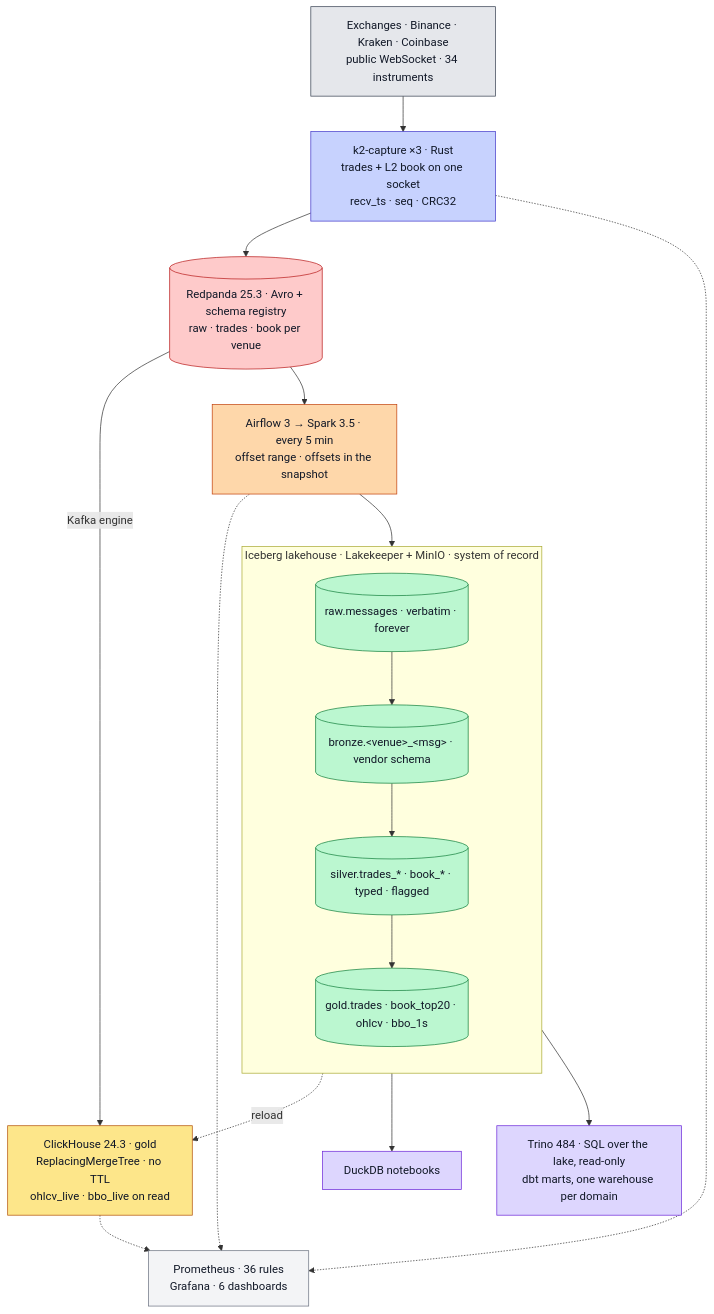
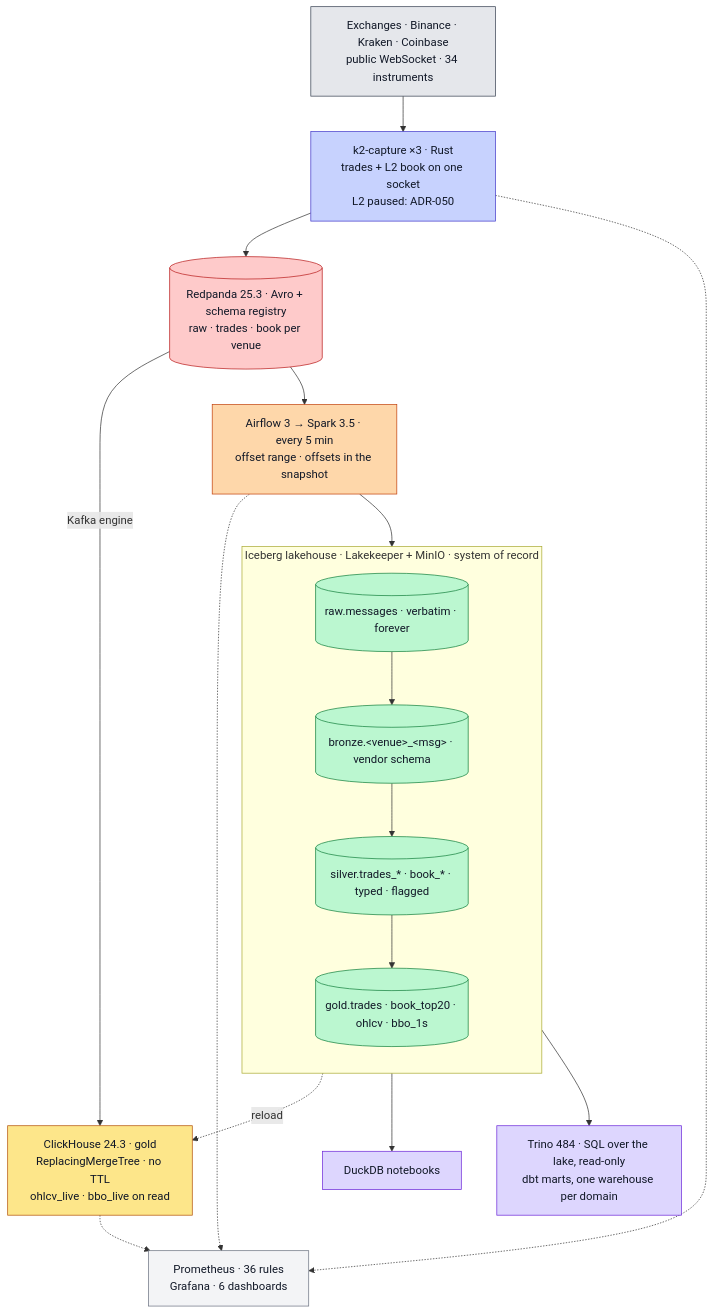
One commit to rjdscott/k2-market-data-platform changed the diagram in README.md. Above: the diagram before and after it, drawn with Mermaid. The commit also changed other lines of this file and 28 other files, not shown here.

First line of the commit message:
feat(config): order-book capture off on every venue (ADR-050, 2 of 2) (#232)

````diff
--- a/README.md
+++ b/README.md
@@ -56,36 +56,36 @@
 ```mermaid
 flowchart TB
   E["Exchanges · Binance · Kraken · Coinbase<br/>public WebSocket · 34 instruments"]:::ex
-  F["k2-capture ×3 · Rust<br/>trades + L2 book on one socket<br/>recv_ts · seq · CRC32"]:::rs
+  F["k2-capture ×3 · Rust<br/>trades + L2 book on one socket<br/>L2 paused: ADR-050"]:::rs
   R[("Redpanda 25.3 · Avro + schema registry<br/>raw · trades · book per venue")]:::rp
   C["ClickHouse 24.3 · gold<br/>ReplacingMergeTree · no TTL<br/>ohlcv_live · bbo_live on read"]:::ch
   S["Airflow 3 → Spark 3.5 · every 5 min<br/>offset range · offsets in the snapshot"]:::sp
   subgraph L["Iceberg lakehouse · Lakekeeper + MinIO · system of record"]
     direction TB
     RAW[("raw.messages · verbatim · forever")]:::lk
     BR[("bronze.&lt;venue&gt;_&lt;msg&gt; · vendor schema")]:::lk
     SV[("silver.trades_* · book_* · typed · flagged")]:::lk
     GD[("gold.trades · book_top20 · ohlcv · bbo_1s")]:::lk
     RAW --> BR --> SV --> GD
   end
   N["DuckDB notebooks"]:::nb
   T["Trino 484 · SQL over the lake, read-only<br/>dbt marts, one warehouse per domain"]:::nb
   O["Prometheus · 36 rules<br/>Grafana · 6 dashboards"]:::ob
 
   E --> F --> R
   R -->|Kafka engine| C
   R --> S --> RAW
   GD -.->|reload| C
   GD --> N
   L --> T
   F & S & C -.-> O
 
   classDef ex fill:#e5e7eb,stroke:#374151,color:#111827
   classDef rs fill:#c7d2fe,stroke:#4338ca,color:#111827
   classDef rp fill:#fecaca,stroke:#b91c1c,color:#111827
   classDef lk fill:#bbf7d0,stroke:#15803d,color:#111827
   classDef sp fill:#fed7aa,stroke:#c2410c,color:#111827
   classDef ch fill:#fde68a,stroke:#b45309,color:#111827
   classDef nb fill:#ddd6fe,stroke:#6d28d9,color:#111827
   classDef ob fill:#f3f4f6,stroke:#6b7280,color:#111827
 ```
````
